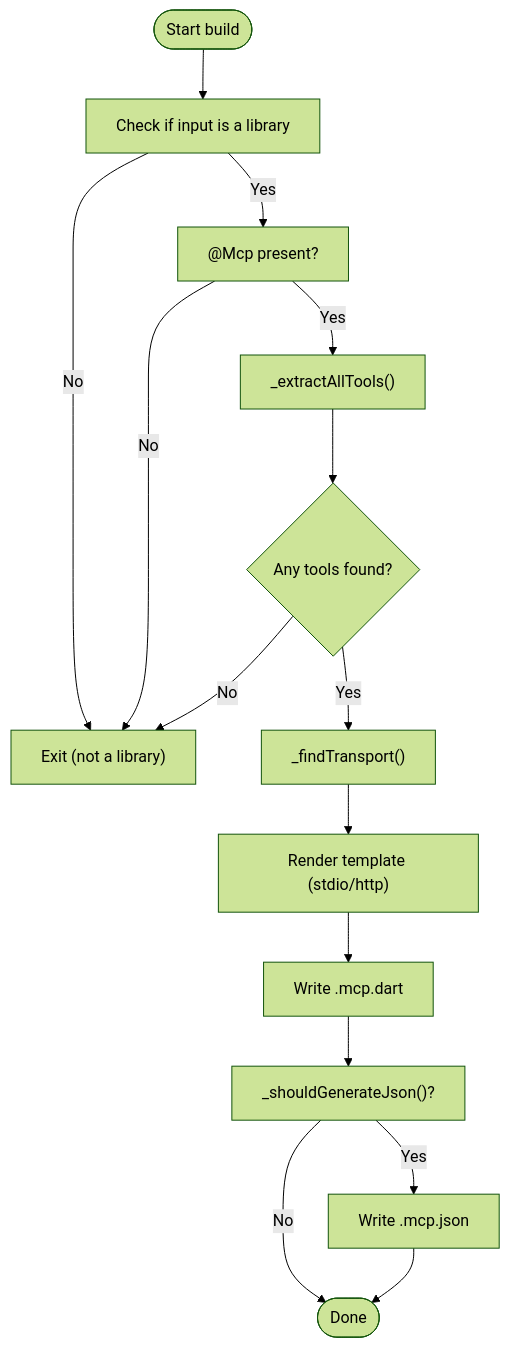
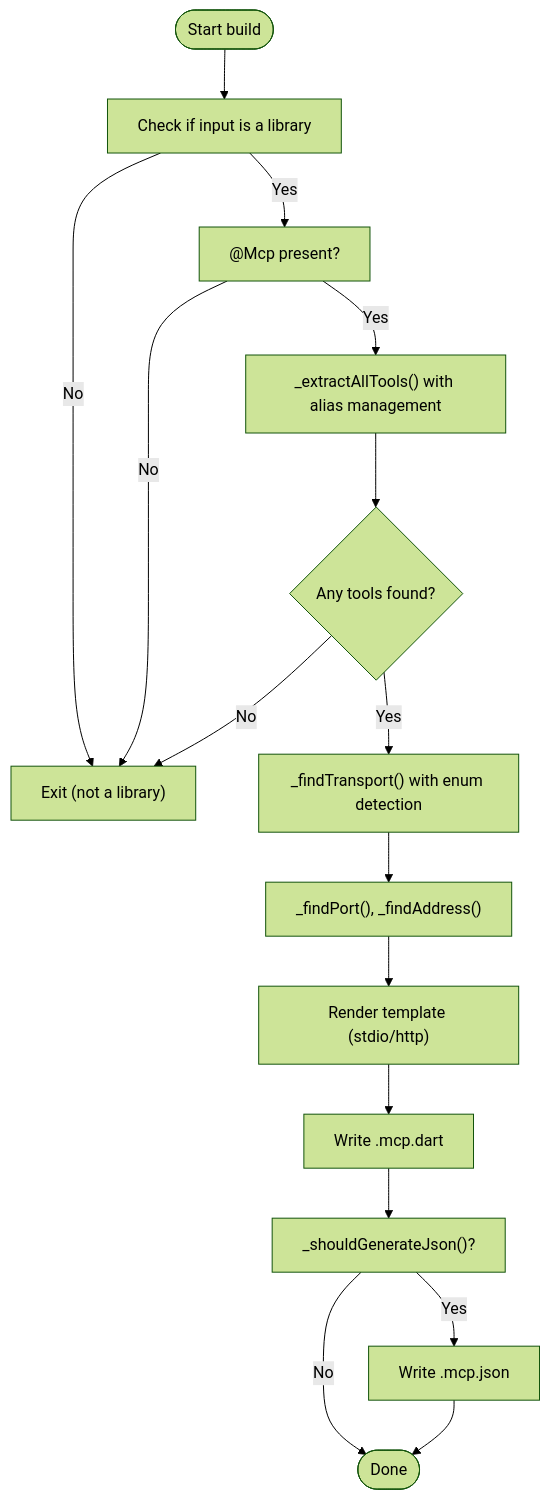
Before and after one commit to cdavis-code/easy_mcp_workspace: the third of 7 diagrams in .qoder/repowiki/en/content/Code Generation Engine/Code Generation Engine.md, drawn with Mermaid (forest theme). The commit also changed other lines of this file and 14 other files, not shown here.

````diff
--- a/.qoder/repowiki/en/content/Code Generation Engine/Code Generation Engine.md
+++ b/.qoder/repowiki/en/content/Code Generation Engine/Code Generation Engine.md
@@ -186,17 +203,18 @@
 ```mermaid
 flowchart TD
 Start(["Start build"]) --> LibCheck["Check if input is a library"]
 LibCheck --> |No| Exit["Exit (not a library)"]
 LibCheck --> |Yes| HasMcp["@Mcp present?"]
 HasMcp --> |No| Exit
-HasMcp --> |Yes| ExtractTools["_extractAllTools()"]
+HasMcp --> |Yes| ExtractTools["_extractAllTools() with alias management"]
 ExtractTools --> ToolsFound{"Any tools found?"}
 ToolsFound --> |No| Exit
-ToolsFound --> |Yes| Transport["_findTransport()"]
-Transport --> GenCode["Render template (stdio/http)"]
+ToolsFound --> |Yes| Transport["_findTransport() with enum detection"]
+Transport --> HttpConfig["_findPort(), _findAddress()"]
+HttpConfig --> GenCode["Render template (stdio/http)"]
 GenCode --> WriteDart["Write .mcp.dart"]
 WriteDart --> JsonCheck["_shouldGenerateJson()?"]
 JsonCheck --> |Yes| WriteJson["Write .mcp.json"]
 JsonCheck --> |No| Done(["Done"])
 WriteJson --> Done
 ```
````
